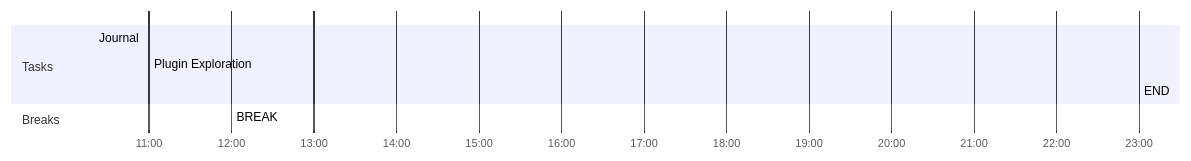
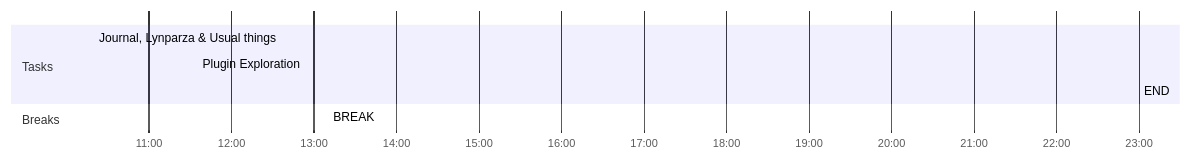
Before and after one commit to nihitkhandelwal-eng/The_Brainforest: the diagram in 🌱 Journal/2022/Quarter 2/05-May/11-May-22.md, drawn with Mermaid. The commit also changed other lines of this file and 3 other files, not shown here.

````diff
--- a/🌱 Journal/2022/Quarter 2/05-May/11-May-22.md
+++ b/🌱 Journal/2022/Quarter 2/05-May/11-May-22.md
@@ -16,12 +16,12 @@
 ```mermaid
 gantt
     dateFormat  HH-mm
     axisFormat %H:%M
-    %% Current Time: 11:17:35 AM
+    %% Current Time: 2:27:37 PM
     section Tasks
-    Journal     :10-20, 40mm
-    Plugin Exploration     :11-00, 60mm
+    Journal, Lynparza & Usual things     :10-20, 75mm
+    Plugin Exploration     :11-35, 95mm
     END     :23-00, 0mm
     section Breaks
-    BREAK     :12-00, 660mm
+    BREAK     :13-10, 590mm
 ```
````
